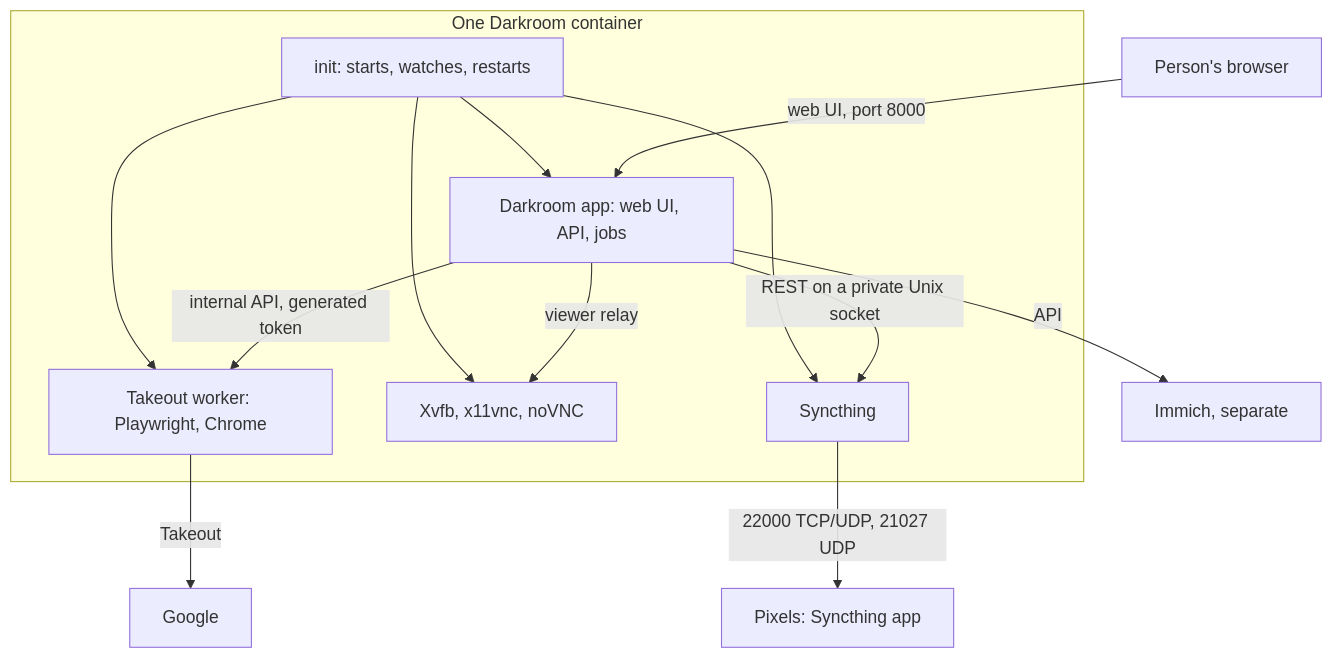
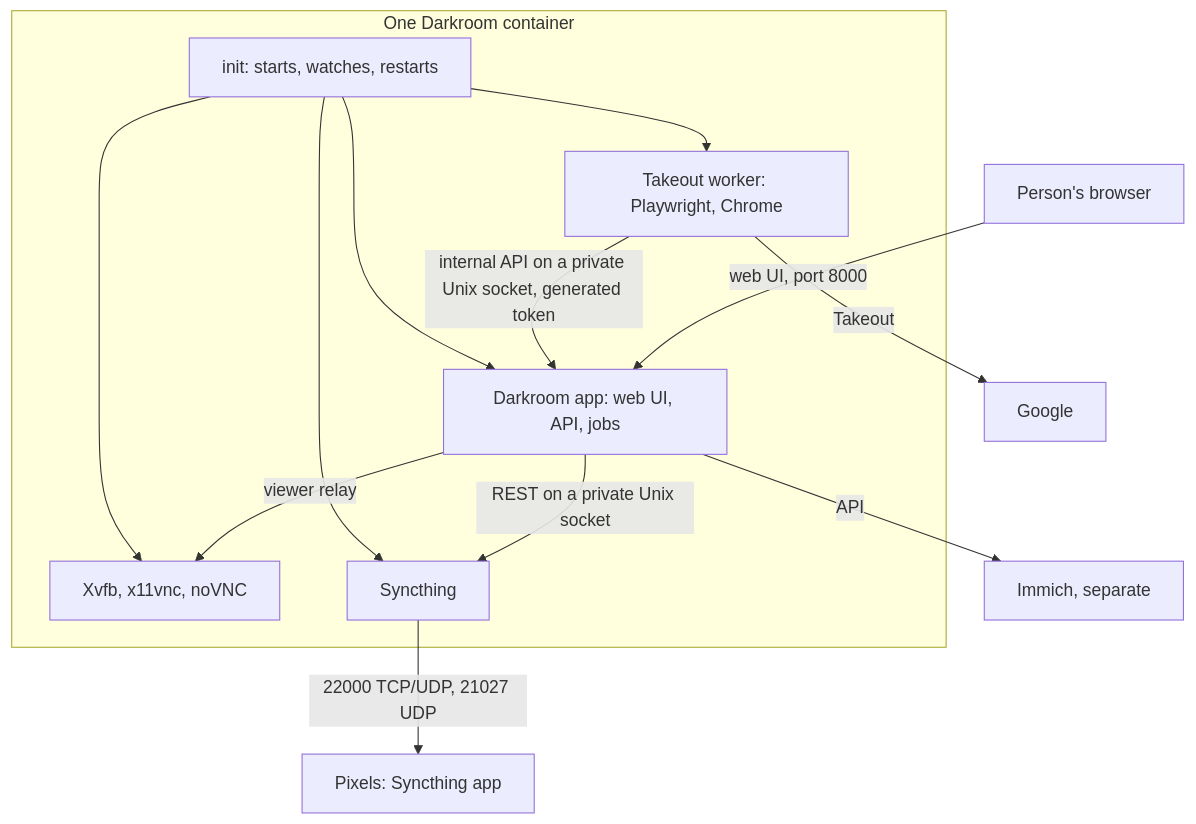
Before and after one commit to AnthonyPluth/Darkroom: the diagram in docs/design/single-container.md, drawn with Mermaid. The commit also changed other lines of this file, not shown here.

First line of the commit message:
docs: describe the worker's private socket in the design (#394)

````diff
--- a/docs/design/single-container.md
+++ b/docs/design/single-container.md
@@ -39,16 +39,16 @@
 ```mermaid
 flowchart TB
   subgraph c[One Darkroom container]
     init[init: starts, watches, restarts] --> app[Darkroom app: web UI, API, jobs]
     init --> worker[Takeout worker: Playwright, Chrome]
     init --> display[Xvfb, x11vnc, noVNC]
     init --> st[Syncthing]
-    app -- internal API, generated token --> worker
+    worker -- internal API on a private Unix socket, generated token --> app
     app -- viewer relay --> display
     app -- REST on a private Unix socket --> st
   end
   person[Person's browser] -- web UI, port 8000 --> app
   st -- 22000 TCP/UDP, 21027 UDP --> pixel[Pixels: Syncthing app]
   app -- API --> immich[Immich, separate]
   worker -- Takeout --> google[Google]
 ```
````
